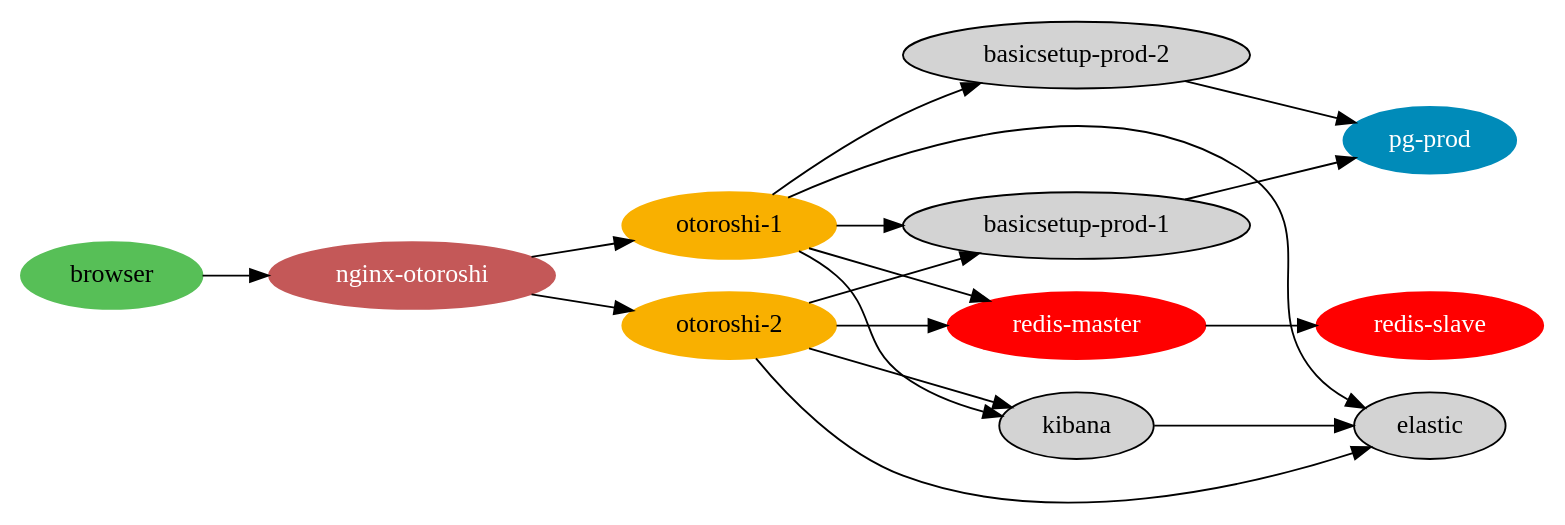
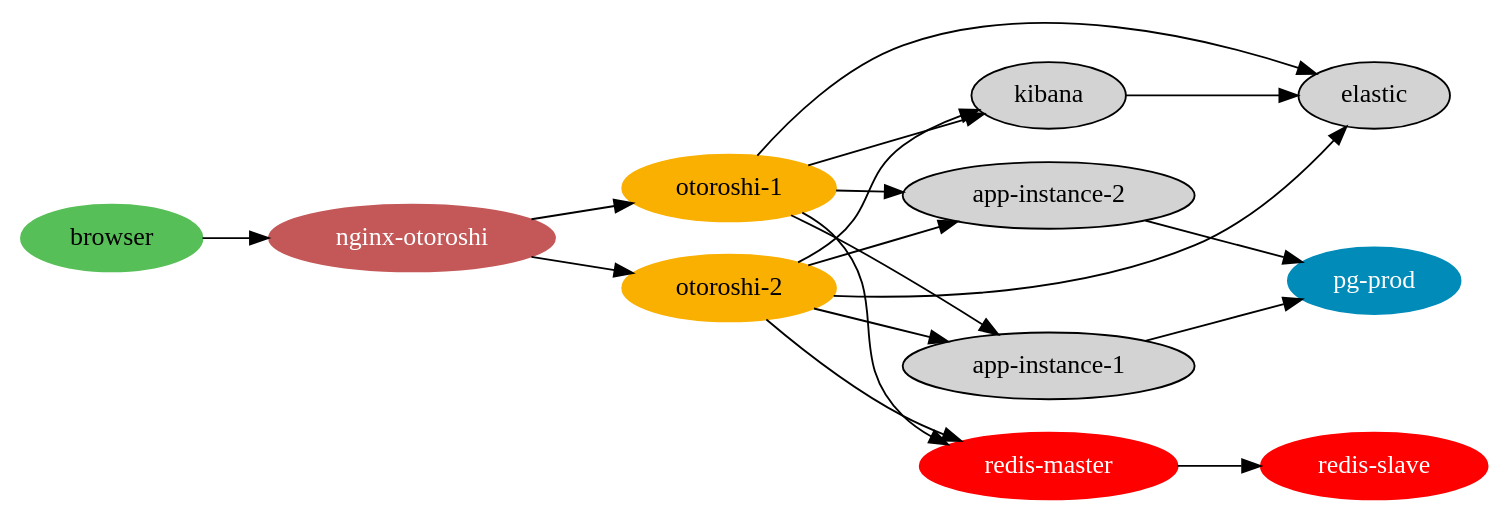
Before and after one commit to MAIF/otoroshi: the diagram in demos/basic-setup/archi.gv, drawn with Graphviz. The commit also changed 1 other file, not shown here.

Commit message:
Fix archi schema

```diff
--- a/demos/basic-setup/archi.gv
+++ b/demos/basic-setup/archi.gv
@@ -1,42 +1,42 @@
 digraph basicsetup {
   ratio = fill;
   node [style=filled];
   concentrate=true;
   rankdir="LR";
 
-  "basicsetup-prod-1" -> "pg-prod"
-  "basicsetup-prod-2" -> "pg-prod"
+  "app-instance-1" -> "pg-prod"
+  "app-instance-2" -> "pg-prod"
 
   "nginx-otoroshi" -> "otoroshi-1"
   "nginx-otoroshi" -> "otoroshi-2"
 
   "otoroshi-1" -> "elastic"
   "otoroshi-1" -> "kibana"
-  "otoroshi-1" -> "basicsetup-prod-1"
-  "otoroshi-1" -> "basicsetup-prod-2"
+  "otoroshi-1" -> "app-instance-1"
+  "otoroshi-1" -> "app-instance-2"
   "otoroshi-1" -> "kibana"
 
   "otoroshi-2" -> "elastic"
   "otoroshi-2" -> "kibana"
-  "otoroshi-2" -> "basicsetup-prod-1"
-  "otoroshi-2" -> "basicsetup-prod-1"
+  "otoroshi-2" -> "app-instance-1"
+  "otoroshi-2" -> "app-instance-2"
   "otoroshi-2" -> "kibana"
 
   "kibana" -> "elastic"
 
   "otoroshi-1" -> "redis-master"
   "otoroshi-2" -> "redis-master"
   "redis-master" -> "redis-slave"
 
   "browser" -> "nginx-otoroshi"
 
   "otoroshi-1"[color="#f9b000"];
   "otoroshi-2"[color="#f9b000"];
 
   "nginx-otoroshi"[color="#c45858", fontcolor="#ffffff"];
   "browser"[color="#57bf57"];
   "pg-prod"[color="#008bb9", fontcolor="#ffffff"];
   "redis-master"[color="#ff0000", fontcolor="#ffffff"];
   "redis-slave"[color="#ff0000", fontcolor="#ffffff"];
    
 }
```
